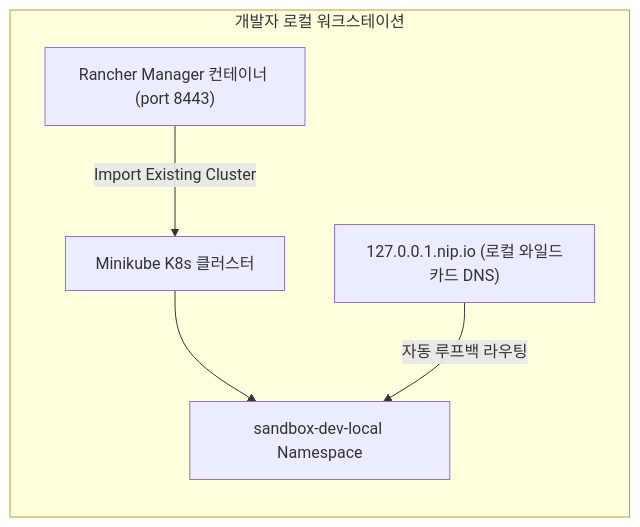
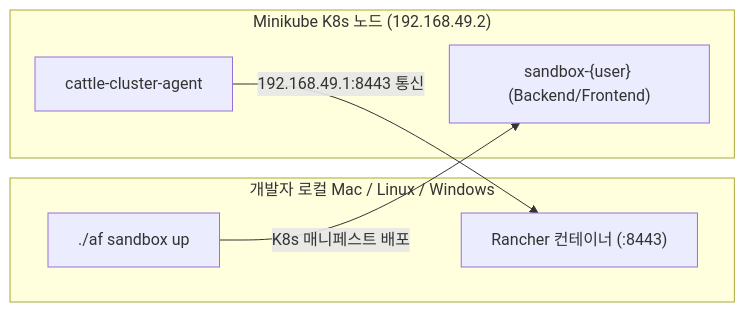
One commit to bulgemi/AgentForge changed the second of 2 diagrams in docs/sandbox.md. Above: the diagram before and after it, drawn with Mermaid. The commit also changed other lines of this file and 8 other files, not shown here.

First line of the commit message:
fix(sandbox): resolve ImagePullBackOff with auto image build and add Rancher multi-CSP guide

````diff
--- a/docs/sandbox.md
+++ b/docs/sandbox.md
@@ -161,13 +221,13 @@
 ```mermaid
 flowchart LR
-    subgraph LocalMachine ["개발자 로컬 워크스테이션"]
-        RancherServer["Rancher Manager 컨테이너 (port 8443)"]
-        MinikubeCluster["Minikube K8s 클러스터"]
-        SandboxApp["sandbox-dev-local Namespace"]
-        NipIO["127.0.0.1.nip.io (로컬 와일드카드 DNS)"]
+    subgraph Host ["개발자 로컬 Mac / Linux / Windows"]
+        Rancher["Rancher 컨테이너 (:8443)"]
+        CLI["./af sandbox up"]
     end
-
-    MinikubeCluster --> SandboxApp
-    RancherServer -->|"Import Existing Cluster"| MinikubeCluster
-    NipIO -->|"자동 루프백 라우팅"| SandboxApp
+    subgraph Minikube ["Minikube K8s 노드 (192.168.49.2)"]
+        Agent["cattle-cluster-agent"]
+        Sandbox["sandbox-{user} (Backend/Frontend)"]
+    end
+    Agent -->|"192.168.49.1:8443 통신"| Rancher
+    CLI -->|"K8s 매니페스트 배포"| Sandbox
 ```
````
